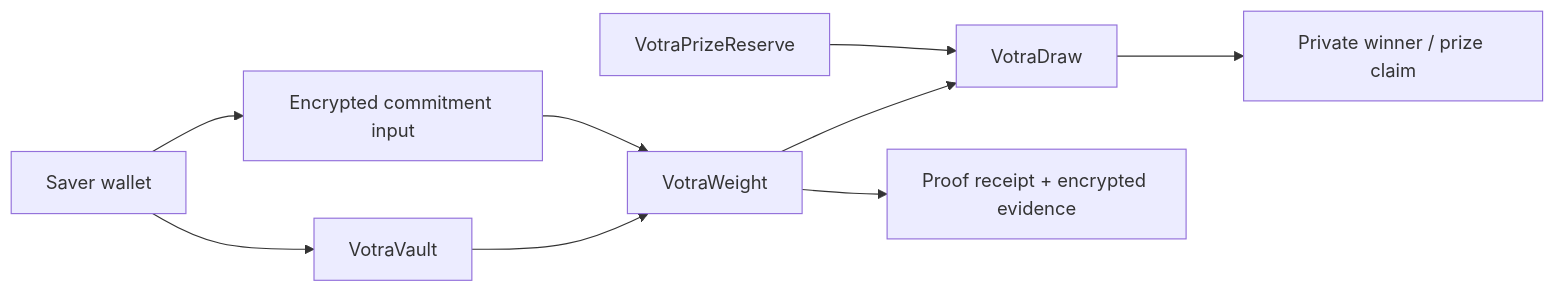
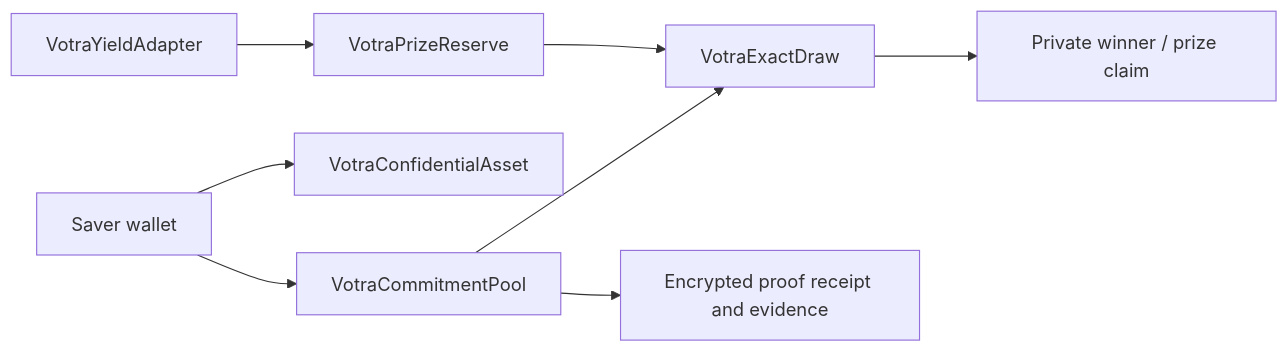
Before and after one commit to 0xkinno/votra: the diagram in ARCHITECTURE.md, drawn with Mermaid. The commit also changed other lines of this file and 5 other files, not shown here.

Commit message:
docs: canonical yield architecture and benchmark closure

````diff
--- a/ARCHITECTURE.md
+++ b/ARCHITECTURE.md
@@ -3,11 +3,10 @@
 ```mermaid
 flowchart LR
-  U[Saver wallet] --> C[Encrypted commitment input]
-  U --> V[VotraVault]
-  V --> W[VotraWeight]
-  C --> W
-  W --> D[VotraDraw]
-  R[VotraPrizeReserve] --> D
-  D --> P[Private winner / prize claim]
-  W --> E[Proof receipt + encrypted evidence]
+  U[Saver wallet] --> P[VotraCommitmentPool]
+  U --> A[VotraConfidentialAsset]
+  P --> D[VotraExactDraw]
+  Y[VotraYieldAdapter] --> R[VotraPrizeReserve]
+  R --> D
+  D --> W[Private winner / prize claim]
+  P --> E[Encrypted proof receipt and evidence]
 ```
````
